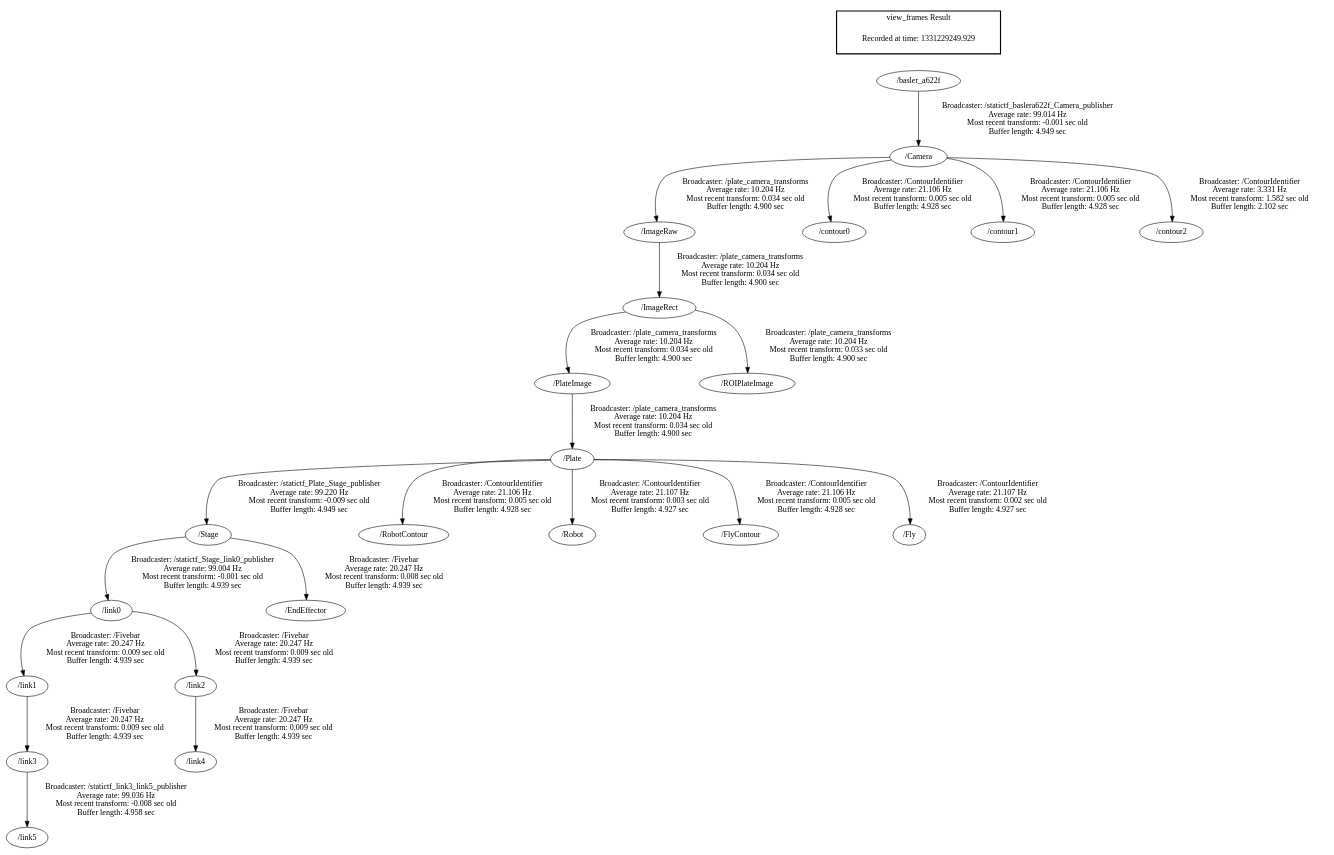
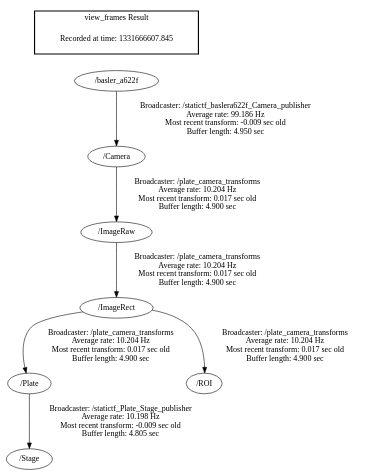
Before and after one commit to ssafarik/Flylab: the diagram in frames.gv, drawn with Graphviz. The commit also changed 25 other files, not shown here.

```diff
--- a/frames.gv
+++ b/frames.gv
@@ -1,27 +1,12 @@
 digraph G {
-"/basler_a622f" -> "/Camera"[label="Broadcaster: /statictf_baslera622f_Camera_publisher\nAverage rate: 99.014 Hz\nMost recent transform: -0.001 sec old \nBuffer length: 4.949 sec\n"];
-"/link3" -> "/link5"[label="Broadcaster: /statictf_link3_link5_publisher\nAverage rate: 99.036 Hz\nMost recent transform: -0.008 sec old \nBuffer length: 4.958 sec\n"];
-"/link1" -> "/link3"[label="Broadcaster: /Fivebar\nAverage rate: 20.247 Hz\nMost recent transform: 0.009 sec old \nBuffer length: 4.939 sec\n"];
-"/Plate" -> "/Stage"[label="Broadcaster: /statictf_Plate_Stage_publisher\nAverage rate: 99.220 Hz\nMost recent transform: -0.009 sec old \nBuffer length: 4.949 sec\n"];
-"/PlateImage" -> "/Plate"[label="Broadcaster: /plate_camera_transforms\nAverage rate: 10.204 Hz\nMost recent transform: 0.034 sec old \nBuffer length: 4.900 sec\n"];
-"/Stage" -> "/link0"[label="Broadcaster: /statictf_Stage_link0_publisher\nAverage rate: 99.004 Hz\nMost recent transform: -0.001 sec old \nBuffer length: 4.939 sec\n"];
-"/link0" -> "/link1"[label="Broadcaster: /Fivebar\nAverage rate: 20.247 Hz\nMost recent transform: 0.009 sec old \nBuffer length: 4.939 sec\n"];
-"/link0" -> "/link2"[label="Broadcaster: /Fivebar\nAverage rate: 20.247 Hz\nMost recent transform: 0.009 sec old \nBuffer length: 4.939 sec\n"];
-"/link2" -> "/link4"[label="Broadcaster: /Fivebar\nAverage rate: 20.247 Hz\nMost recent transform: 0.009 sec old \nBuffer length: 4.939 sec\n"];
-"/Stage" -> "/EndEffector"[label="Broadcaster: /Fivebar\nAverage rate: 20.247 Hz\nMost recent transform: 0.008 sec old \nBuffer length: 4.939 sec\n"];
-"/Camera" -> "/ImageRaw"[label="Broadcaster: /plate_camera_transforms\nAverage rate: 10.204 Hz\nMost recent transform: 0.034 sec old \nBuffer length: 4.900 sec\n"];
-"/ImageRaw" -> "/ImageRect"[label="Broadcaster: /plate_camera_transforms\nAverage rate: 10.204 Hz\nMost recent transform: 0.034 sec old \nBuffer length: 4.900 sec\n"];
-"/ImageRect" -> "/PlateImage"[label="Broadcaster: /plate_camera_transforms\nAverage rate: 10.204 Hz\nMost recent transform: 0.034 sec old \nBuffer length: 4.900 sec\n"];
-"/ImageRect" -> "/ROIPlateImage"[label="Broadcaster: /plate_camera_transforms\nAverage rate: 10.204 Hz\nMost recent transform: 0.033 sec old \nBuffer length: 4.900 sec\n"];
-"/Camera" -> "/contour0"[label="Broadcaster: /ContourIdentifier\nAverage rate: 21.106 Hz\nMost recent transform: 0.005 sec old \nBuffer length: 4.928 sec\n"];
-"/Camera" -> "/contour1"[label="Broadcaster: /ContourIdentifier\nAverage rate: 21.106 Hz\nMost recent transform: 0.005 sec old \nBuffer length: 4.928 sec\n"];
-"/Plate" -> "/RobotContour"[label="Broadcaster: /ContourIdentifier\nAverage rate: 21.106 Hz\nMost recent transform: 0.005 sec old \nBuffer length: 4.928 sec\n"];
-"/Plate" -> "/Robot"[label="Broadcaster: /ContourIdentifier\nAverage rate: 21.107 Hz\nMost recent transform: 0.003 sec old \nBuffer length: 4.927 sec\n"];
-"/Plate" -> "/FlyContour"[label="Broadcaster: /ContourIdentifier\nAverage rate: 21.106 Hz\nMost recent transform: 0.005 sec old \nBuffer length: 4.928 sec\n"];
-"/Plate" -> "/Fly"[label="Broadcaster: /ContourIdentifier\nAverage rate: 21.107 Hz\nMost recent transform: 0.002 sec old \nBuffer length: 4.927 sec\n"];
-"/Camera" -> "/contour2"[label="Broadcaster: /ContourIdentifier\nAverage rate: 3.331 Hz\nMost recent transform: 1.582 sec old \nBuffer length: 2.102 sec\n"];
+"/basler_a622f" -> "/Camera"[label="Broadcaster: /statictf_baslera622f_Camera_publisher\nAverage rate: 99.186 Hz\nMost recent transform: -0.009 sec old \nBuffer length: 4.950 sec\n"];
+"/Camera" -> "/ImageRaw"[label="Broadcaster: /plate_camera_transforms\nAverage rate: 10.204 Hz\nMost recent transform: 0.017 sec old \nBuffer length: 4.900 sec\n"];
+"/ImageRaw" -> "/ImageRect"[label="Broadcaster: /plate_camera_transforms\nAverage rate: 10.204 Hz\nMost recent transform: 0.017 sec old \nBuffer length: 4.900 sec\n"];
+"/ImageRect" -> "/Plate"[label="Broadcaster: /plate_camera_transforms\nAverage rate: 10.204 Hz\nMost recent transform: 0.017 sec old \nBuffer length: 4.900 sec\n"];
+"/ImageRect" -> "/ROI"[label="Broadcaster: /plate_camera_transforms\nAverage rate: 10.204 Hz\nMost recent transform: 0.017 sec old \nBuffer length: 4.900 sec\n"];
+"/Plate" -> "/Stage"[label="Broadcaster: /statictf_Plate_Stage_publisher\nAverage rate: 10.198 Hz\nMost recent transform: -0.009 sec old \nBuffer length: 4.805 sec\n"];
 edge [style=invis];
  subgraph cluster_legend { style=bold; color=black; label ="view_frames Result";
-"Recorded at time: 1331229249.929"[ shape=plaintext ] ;
+"Recorded at time: 1331666607.845"[ shape=plaintext ] ;
  }->"/basler_a622f";
 }
```
